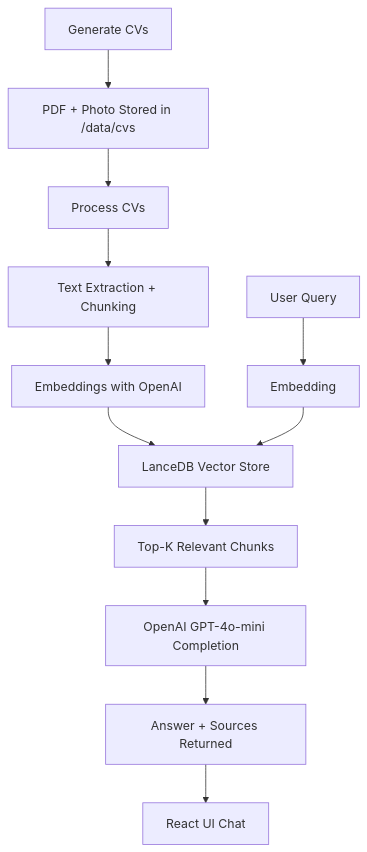
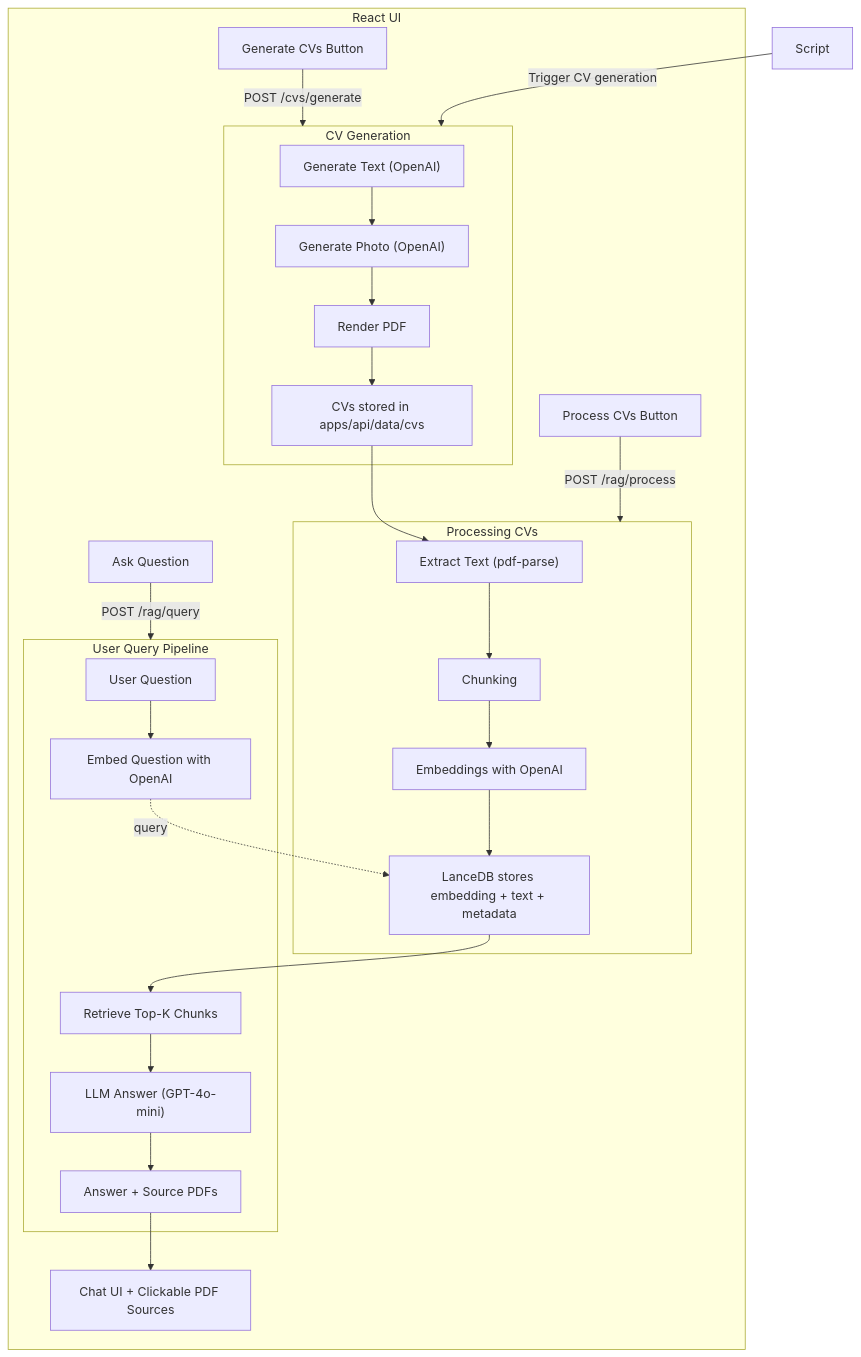
Before and after one commit to annaescalada/ai-cv-screener: the diagram in README.md, drawn with Mermaid.

Commit message:
docs: refactor project diagram

````diff
--- a/README.md
+++ b/README.md
@@ -146,14 +146,33 @@
 ```mermaid
 flowchart TD
-    A[Generate CVs] --> B[PDF + Photo Stored in /data/cvs]
-    B --> C[Process CVs]
-    C --> D[Text Extraction + Chunking]
-    D --> E[Embeddings with OpenAI]
-    E --> F[LanceDB Vector Store]
-    G[User Query] --> H[Embedding]
-    H --> F
-    F --> I[Top-K Relevant Chunks]
-    I --> J[OpenAI GPT-4o-mini Completion]
-    J --> K[Answer + Sources Returned]
-    K --> L[React UI Chat]
+    subgraph CV_Generation ["CV Generation"]
+        A1["Generate Text (OpenAI)"] --> A2["Generate Photo (OpenAI)"]
+        A2 --> A3["Render PDF"]
+        A3 --> B["CVs stored in apps/api/data/cvs"]
+    end
+
+    subgraph Processing ["Processing CVs"]
+        B --> C["Extract Text (pdf-parse)"]
+        C --> D["Chunking"]
+        D --> E["Embeddings with OpenAI"]
+        E --> F["LanceDB stores embedding + text + metadata"]
+    end
+
+    subgraph Query ["User Query Pipeline"]
+        G["User Question"] --> H["Embed Question with OpenAI"]
+        H -. query .-> F
+        F --> I["Retrieve Top-K Chunks"]
+        I --> J["LLM Answer (GPT-4o-mini)"]
+        J --> K["Answer + Source PDFs"]
+    end
+
+    subgraph Frontend ["React UI"]
+        X1["Generate CVs Button"] -->|POST /cvs/generate| CV_Generation
+        X2["Process CVs Button"] -->|POST /rag/process| Processing
+        X3["Ask Question"] -->|POST /rag/query| Query
+        K --> X4["Chat UI + Clickable PDF Sources"]
+    end
+
+    %% New: script trigger
+    S1["Script"] -->|Trigger CV generation| CV_Generation
 ```
````
